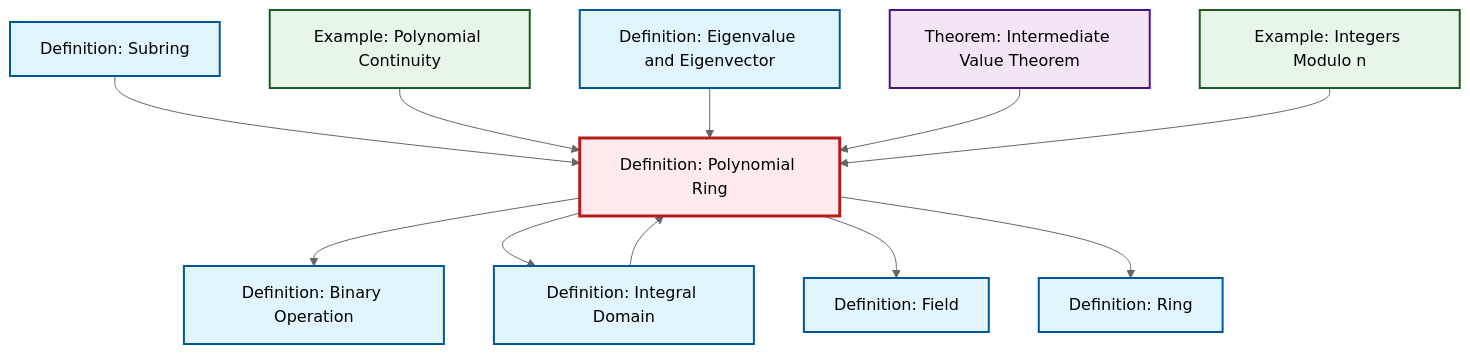
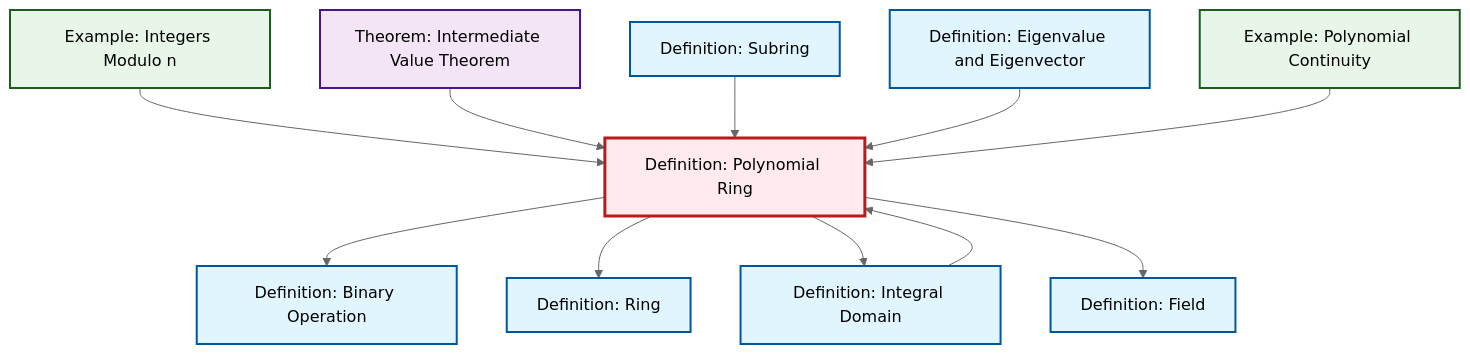
One commit to RK0429/ModernMath changed the diagram in content/ja/algebra/def-polynomial-ring.qmd. Above: the diagram before and after it, drawn with Mermaid (neutral theme). The commit also changed other lines of this file and 634 other files, not shown here.

````diff
--- a/content/ja/algebra/def-polynomial-ring.qmd
+++ b/content/ja/algebra/def-polynomial-ring.qmd
@@ -94,39 +94,39 @@
 ```{mermaid}
 %%| fig-cap: "Local dependency graph"
 graph TD
     classDef definition fill:#e1f5fe,stroke:#01579b,stroke-width:2px
     classDef theorem fill:#f3e5f5,stroke:#4a148c,stroke-width:2px
     classDef axiom fill:#fff3e0,stroke:#e65100,stroke-width:2px
     classDef example fill:#e8f5e9,stroke:#1b5e20,stroke-width:2px
     classDef current fill:#ffebee,stroke:#b71c1c,stroke-width:3px
     def-binary-operation["Definition: Binary Operation"]:::definition
-    thm-intermediate-value["Theorem: Intermediate Value Theorem"]:::theorem
     ex-polynomial-continuity["Example: Polynomial Continuity"]:::example
+    def-ring["Definition: Ring"]:::definition
+    def-eigenvalue-eigenvector["Definition: Eigenvalue and Eigenvector"]:::definition
     def-integral-domain["Definition: Integral Domain"]:::definition
-    def-eigenvalue-eigenvector["Definition: Eigenvalue and Eigenvector"]:::definition
     def-subring["Definition: Subring"]:::definition
     ex-quotient-integers-mod-n["Example: Integers Modulo n"]:::example
+    def-field["Definition: Field"]:::definition
+    thm-intermediate-value["Theorem: Intermediate Value Theorem"]:::theorem
     def-polynomial-ring["Definition: Polynomial Ring"]:::definition
-    def-field["Definition: Field"]:::definition
-    def-ring["Definition: Ring"]:::definition
+    ex-quotient-integers-mod-n --> def-polynomial-ring
+    thm-intermediate-value --> def-polynomial-ring
     def-polynomial-ring --> def-binary-operation
     def-subring --> def-polynomial-ring
+    def-eigenvalue-eigenvector --> def-polynomial-ring
+    ex-polynomial-continuity --> def-polynomial-ring
+    def-integral-domain --> def-polynomial-ring
+    def-polynomial-ring --> def-ring
     def-polynomial-ring --> def-integral-domain
-    ex-polynomial-continuity --> def-polynomial-ring
-    def-eigenvalue-eigenvector --> def-polynomial-ring
-    thm-intermediate-value --> def-polynomial-ring
-    ex-quotient-integers-mod-n --> def-polynomial-ring
-    def-integral-domain --> def-polynomial-ring
     def-polynomial-ring --> def-field
-    def-polynomial-ring --> def-ring
     class def-polynomial-ring current
     click def-binary-operation "def-binary-operation.html" "Definition: Binary Operationへ"
-    click thm-intermediate-value "thm-intermediate-value.html" "Theorem: Intermediate Value Theoremへ"
     click ex-polynomial-continuity "ex-polynomial-continuity.html" "Example: Polynomial Continuityへ"
+    click def-ring "def-ring.html" "Definition: Ringへ"
+    click def-eigenvalue-eigenvector "def-eigenvalue-eigenvector.html" "Definition: Eigenvalue and Eigenvectorへ"
     click def-integral-domain "def-integral-domain.html" "Definition: Integral Domainへ"
-    click def-eigenvalue-eigenvector "def-eigenvalue-eigenvector.html" "Definition: Eigenvalue and Eigenvectorへ"
     click def-subring "def-subring.html" "Definition: Subringへ"
     click ex-quotient-integers-mod-n "ex-quotient-integers-mod-n.html" "Example: Integers Modulo nへ"
     click def-field "def-field.html" "Definition: Fieldへ"
-    click def-ring "def-ring.html" "Definition: Ringへ"
+    click thm-intermediate-value "thm-intermediate-value.html" "Theorem: Intermediate Value Theoremへ"
 ```
````
